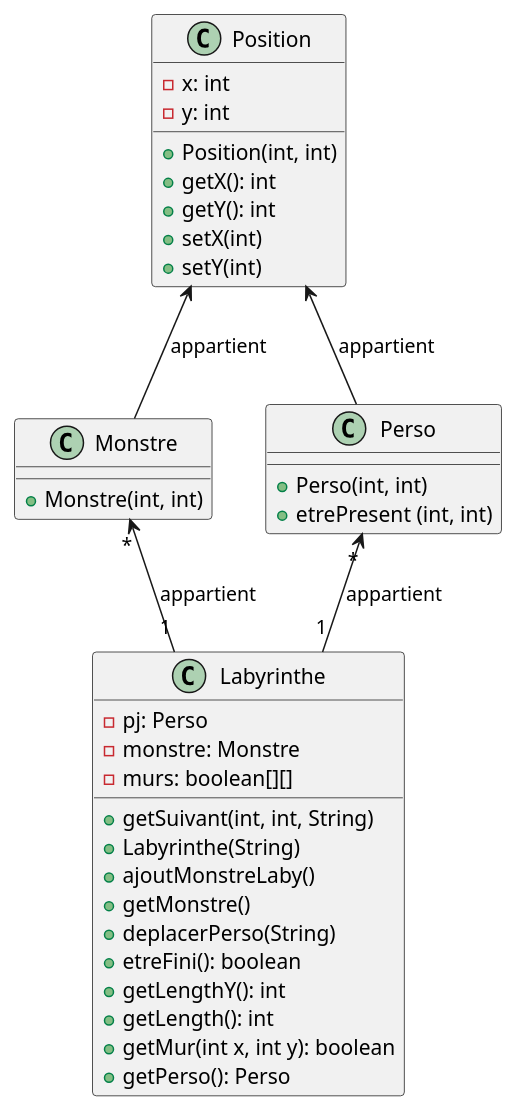
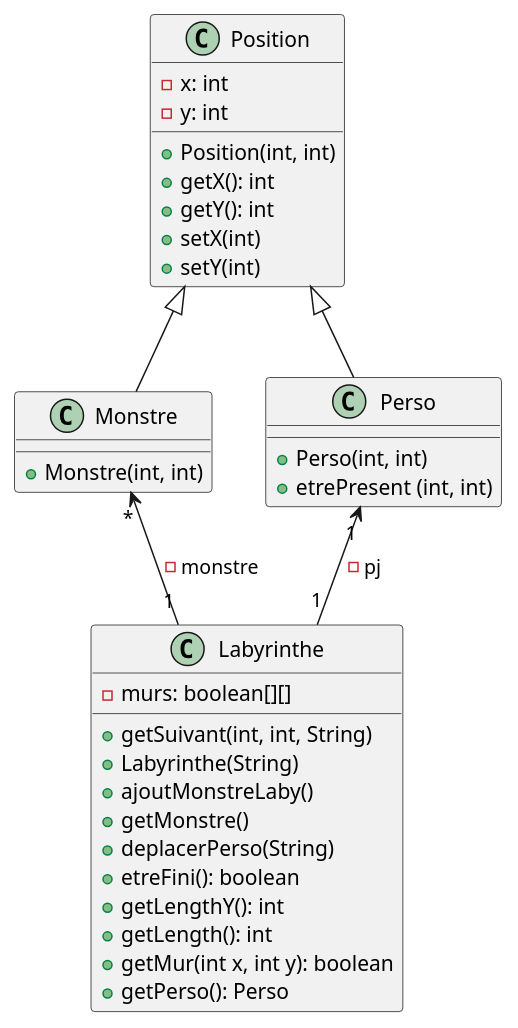
The diagram in zeldiablo/documents/version_1/diagclass_monstreImmobile.puml (Erwanquilliou/2024_Zeldiablo_quilliou2u_leveque58u), drawn with PlantUML before and after one commit.

Commit message:
reorga diagclasse

```diff
--- a/zeldiablo/documents/version_1/diagclass_monstreImmobile.puml
+++ b/zeldiablo/documents/version_1/diagclass_monstreImmobile.puml
@@ -1,49 +1,47 @@
 @startuml
 
 class Position{
 - x: int
 - y: int
 + Position(int, int)
 + getX(): int
 + getY(): int
 + setX(int)
 + setY(int)
 }
 
-Position <-- Monstre : appartient
+Position <|-- Monstre
 
 class Monstre{
 + Monstre(int, int)
 
 }
 
-Position <-- Perso : appartient
+Position <|-- Perso
 
 class Perso{
 + Perso(int, int)
 + etrePresent (int, int)
 }
 
-Monstre "*" <-- "1" Labyrinthe : appartient
-Perso "*" <-- "1" Labyrinthe : appartient
+Monstre "*" <-- "1" Labyrinthe : -monstre
+Perso "1" <-- "1" Labyrinthe : - pj
 
 class Labyrinthe{
-- pj: Perso
-- monstre: Monstre
 - murs: boolean[][]
 + getSuivant(int, int, String)
 + Labyrinthe(String)
 + ajoutMonstreLaby()
 + getMonstre()
 + deplacerPerso(String)
 + etreFini(): boolean
 + getLengthY(): int
 + getLength(): int
 + getMur(int x, int y): boolean
 + getPerso(): Perso
 }
 
 
 
 
 @enduml
```
